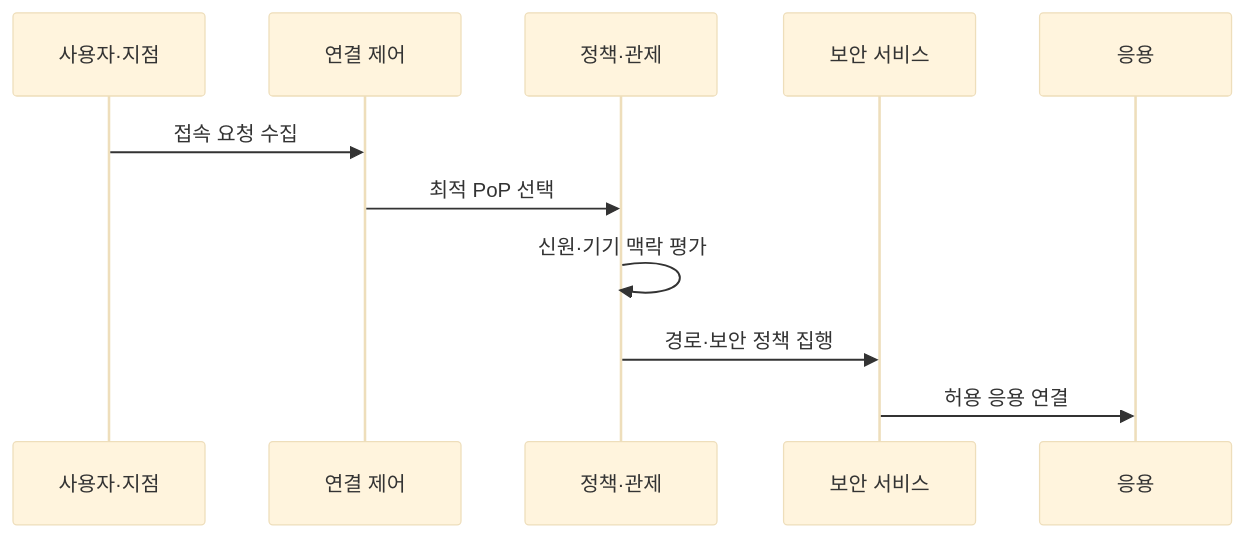
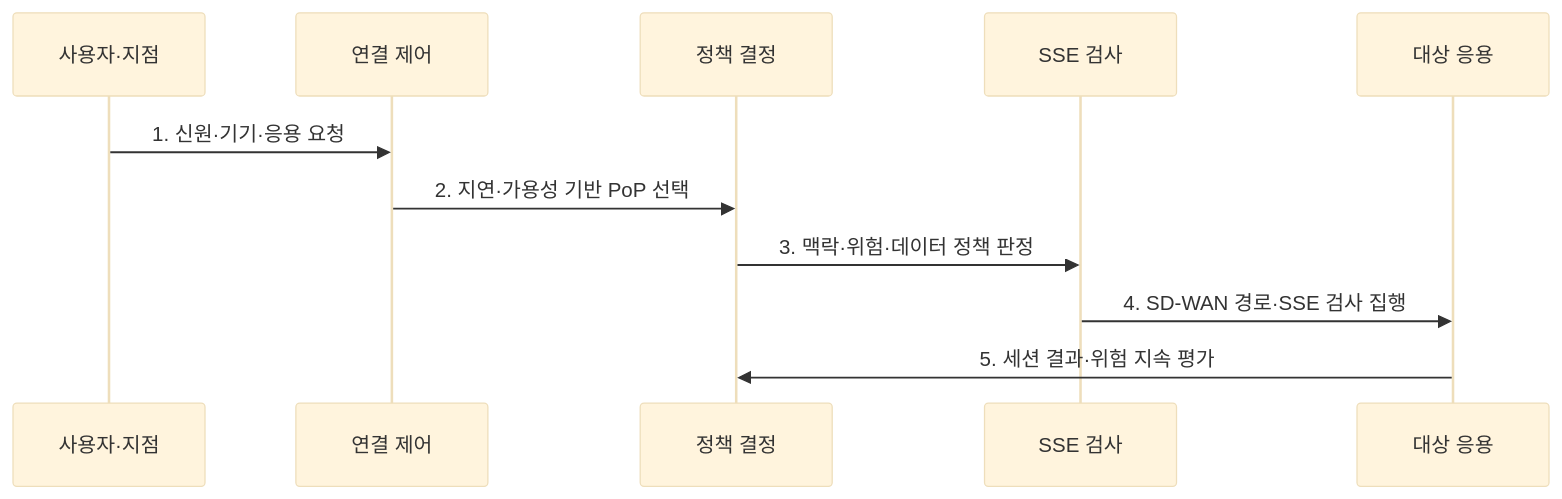
The second of 2 diagrams in src/content/docs/notes/05-security/141_sase_architecture.md (agnusdei1207/knowledge-base), drawn with Mermaid (base theme) before and after one commit. The commit also changed other lines of this file and 6 other files, not shown here.

````diff
--- a/src/content/docs/notes/05-security/141_sase_architecture.md
+++ b/src/content/docs/notes/05-security/141_sase_architecture.md
@@ -91,13 +80,13 @@
 ```mermaid
 sequenceDiagram
-    participant U as 사용자·지점
-    participant C as 연결 제어
-    participant P as 정책·관제
-    participant E as 보안 서비스
-    participant A as 응용
-    U->>C: 접속 요청 수집
-    C->>P: 최적 PoP 선택
-    P->>P: 신원·기기 맥락 평가
-    P->>E: 경로·보안 정책 집행
-    E->>A: 허용 응용 연결
+  participant U as 사용자·지점
+  participant C as 연결 제어
+  participant P as 정책 결정
+  participant E as SSE 검사
+  participant A as 대상 응용
+  U->>C: 1. 신원·기기·응용 요청
+  C->>P: 2. 지연·가용성 기반 PoP 선택
+  P->>E: 3. 맥락·위험·데이터 정책 판정
+  E->>A: 4. SD-WAN 경로·SSE 검사 집행
+  A->>P: 5. 세션 결과·위험 지속 평가
 ```
````
